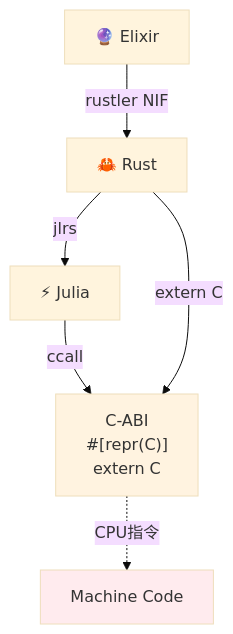
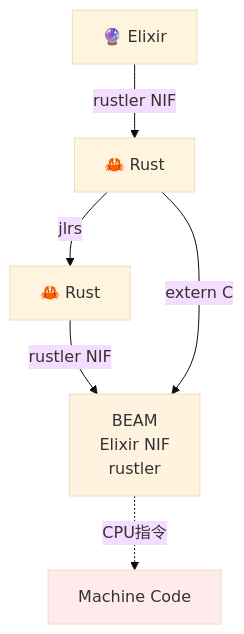
Before and after one commit to fumishiki/zenn: the fourth of 6 diagrams in articles/ml-lecture-19-part1.md, drawn with Mermaid (base theme). The commit also changed other lines of this file and 97 other files, not shown here.

````diff
--- a/articles/ml-lecture-19-part1.md
+++ b/articles/ml-lecture-19-part1.md
@@ -495,12 +500,12 @@
 ```mermaid
 graph TD
-    A["⚡ Julia"] -->|ccall| C["C-ABI<br/>#[repr(C)]<br/>extern C"]
+    A["🦀 Rust"] -->|rustler NIF| C["BEAM<br/>Elixir NIF<br/>rustler"]
     B["🦀 Rust"] -->|extern C| C
     D["🔮 Elixir"] -->|rustler NIF| B
     B -->|jlrs| A
 
     C -.->|CPU指令| E["Machine Code"]
 
     style C fill:#fff3e0
     style E fill:#ffebee
 ```
````
